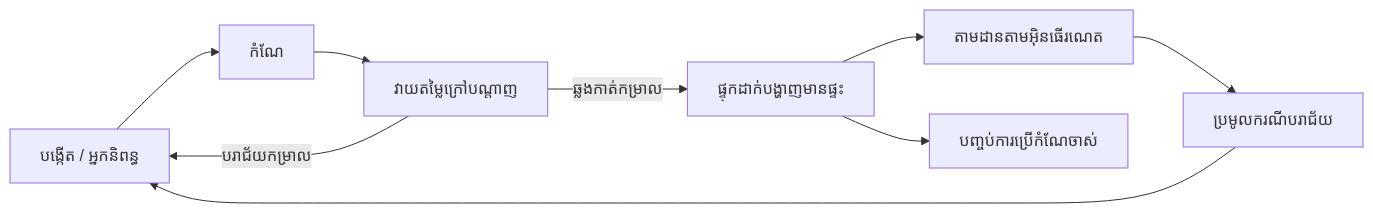
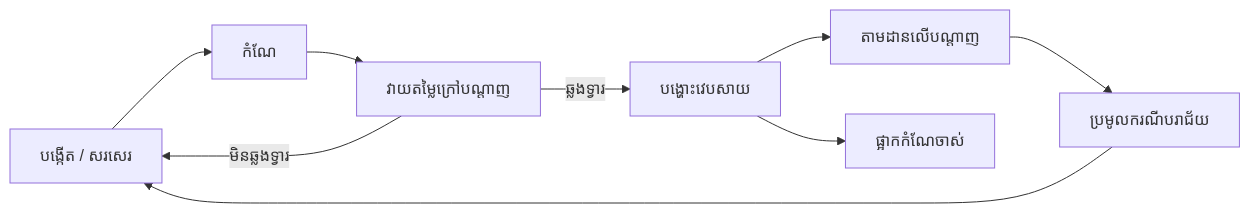
One commit to gabrielmoreira/agent-skills-mirror changed the second of 4 diagrams in mirrors/repos/microsoft@ai-agents-for-beginners/translations/km/16-deploying-scalable-agents/README.md. Above: the diagram before and after it, drawn with Mermaid. The commit also changed other lines of this file and 4262 other files, not shown here.

````diff
--- a/mirrors/repos/microsoft@ai-agents-for-beginners/translations/km/16-deploying-scalable-agents/README.md
+++ b/mirrors/repos/microsoft@ai-agents-for-beginners/translations/km/16-deploying-scalable-agents/README.md
@@ -108,11 +108,11 @@
 ```mermaid
 flowchart LR
-    Create[បង្កើត / អ្នកនិពន្ធ] --> Version[កំណែ]
+    Create[បង្កើត / សរសេរ] --> Version[កំណែ]
     Version --> Evaluate[វាយតម្លៃក្រៅបណ្តាញ]
-    Evaluate -->|ឆ្លងកាត់កម្រាល| Deploy[ផ្ទុកដាក់បង្ហាញមានផ្ទះ]
-    Evaluate -->|បរាជ័យកម្រាល| Create
-    Deploy --> Observe[តាមដានតាមអ៊ិនធើរណេត]
+    Evaluate -->|ឆ្លងទ្វារ| Deploy[បង្ហោះវេបសាយ]
+    Evaluate -->|មិនឆ្លងទ្វារ| Create
+    Deploy --> Observe[តាមដានលើបណ្តាញ]
     Observe --> Improve[ប្រមូលករណីបរាជ័យ]
     Improve --> Create
-    Deploy --> Retire[បញ្ចប់ការប្រើកំណែចាស់]
+    Deploy --> Retire[ផ្អាកកំណែចាស់]
 ```
````
